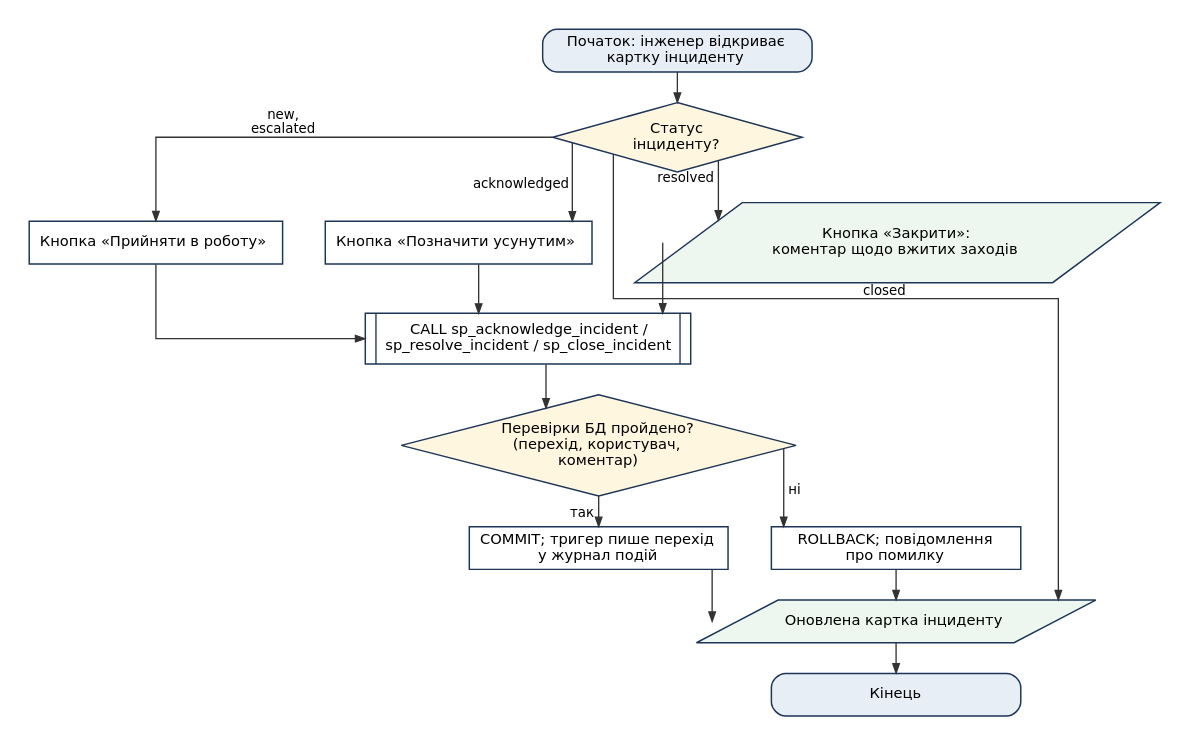
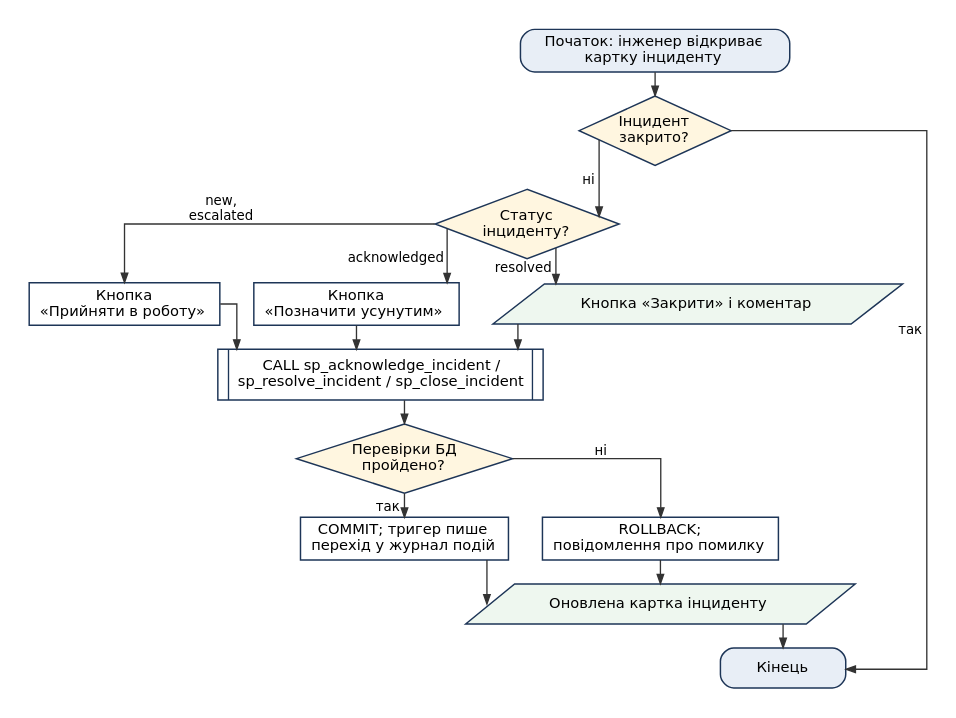
The diagram in docs/diagrams/src/flow_05_incident.dot (KrutoiPatsan13/laba1), drawn with Graphviz before and after one commit. The commit also changed 65 other files, not shown here.

```diff
--- a/docs/diagrams/src/flow_05_incident.dot
+++ b/docs/diagrams/src/flow_05_incident.dot
@@ -1,32 +1,35 @@
 digraph flow_05_incident {
-  graph [rankdir=TB, splines=ortho, nodesep=0.45, ranksep=0.32, fontname="DejaVu Sans", pad=0.2, forcelabels=true];
-  node [fontname="DejaVu Sans", fontsize=11, width=2.6, height=0.45, color="#1d3557", penwidth=1.1];
+  graph [rankdir=TB, splines=ortho, nodesep=0.35, ranksep=0.25, fontname="DejaVu Sans", pad=0.2, forcelabels=true];
+  node [fontname="DejaVu Sans", fontsize=11, width=1.3, height=0.42, color="#1d3557", penwidth=1.1];
   edge [fontname="DejaVu Sans", fontsize=10, color="#333333", arrowsize=0.7];
   n1 [shape=box, style="rounded,filled", fillcolor="#e8eef6", label=<Початок: інженер відкриває<BR/>картку інциденту>, margin="0.25,0.06"];
-  n2 [shape=diamond, style=filled, fillcolor="#fff6e0", label=<Статус<BR/>інциденту?>, margin="0.02,0.02"];
-  n3 [shape=box, label=<Кнопка «Прийняти в роботу»>];
-  n4 [shape=box, label=<Кнопка «Позначити усунутим»>];
-  n5 [shape=parallelogram, style=filled, fillcolor="#eef7ef", label=<Кнопка «Закрити»:<BR/>коментар щодо вжитих заходів>, margin="0.02,0.04"];
-  n6 [shape=box, margin=0, label=<<TABLE BORDER="0" CELLBORDER="0" CELLSPACING="0" CELLPADDING="0"><TR><TD WIDTH="8" BORDER="1" SIDES="R"></TD><TD CELLPADDING="7">CALL sp_acknowledge_incident /<BR/>sp_resolve_incident / sp_close_incident</TD><TD WIDTH="8" BORDER="1" SIDES="L"></TD></TR></TABLE>>];
-  n7 [shape=diamond, style=filled, fillcolor="#fff6e0", label=<Перевірки БД пройдено?<BR/>(перехід, користувач,<BR/>коментар)>, margin="0.02,0.02"];
-  n8 [shape=box, label=<COMMIT; тригер пише перехід<BR/>у журнал подій>];
-  n9 [shape=box, label=<ROLLBACK; повідомлення<BR/>про помилку>];
-  n10 [shape=parallelogram, style=filled, fillcolor="#eef7ef", label=<Оновлена картка інциденту>, margin="0.02,0.04"];
-  n11 [shape=box, style="rounded,filled", fillcolor="#e8eef6", label=<Кінець>, margin="0.25,0.06"];
+  n2 [shape=diamond, style=filled, fillcolor="#fff6e0", label=<Інцидент<BR/>закрито?>, margin="0.02,0.02"];
+  n3 [shape=diamond, style=filled, fillcolor="#fff6e0", label=<Статус<BR/>інциденту?>, margin="0.02,0.02"];
+  n4 [shape=box, label=<Кнопка<BR/>«Прийняти в роботу»>];
+  n5 [shape=box, label=<Кнопка<BR/>«Позначити усунутим»>];
+  n6 [shape=polygon, sides=4, skew=0.3, style=filled, fillcolor="#eef7ef", label=<Кнопка «Закрити» і коментар>, margin="0.06,0.03"];
+  n7 [shape=box, margin=0, label=<<TABLE BORDER="0" CELLBORDER="0" CELLSPACING="0" CELLPADDING="0"><TR><TD WIDTH="8" BORDER="1" SIDES="R"></TD><TD CELLPADDING="7">CALL sp_acknowledge_incident /<BR/>sp_resolve_incident / sp_close_incident</TD><TD WIDTH="8" BORDER="1" SIDES="L"></TD></TR></TABLE>>];
+  n8 [shape=diamond, style=filled, fillcolor="#fff6e0", label=<Перевірки БД<BR/>пройдено?>, margin="0.02,0.02"];
+  n9 [shape=box, label=<COMMIT; тригер пише<BR/>перехід у журнал подій>];
+  n10 [shape=box, label=<ROLLBACK;<BR/>повідомлення про помилку>];
+  n11 [shape=polygon, sides=4, skew=0.3, style=filled, fillcolor="#eef7ef", label=<Оновлена картка інциденту>, margin="0.06,0.03"];
+  n12 [shape=box, style="rounded,filled", fillcolor="#e8eef6", label=<Кінець>, margin="0.25,0.06"];
   n1 -> n2;
-  n2 -> n3 [xlabel=" new,
+  n2 -> n3 [xlabel=" ні "];
+  n3 -> n4 [xlabel=" new,
 escalated "];
-  n2 -> n4 [xlabel=" acknowledged "];
-  n2 -> n5 [xlabel=" resolved "];
-  n2 -> n10 [xlabel=" closed "];
-  n3 -> n6;
-  n4 -> n6;
-  n5 -> n6;
+  n3 -> n5 [xlabel=" acknowledged "];
+  n3 -> n6 [xlabel=" resolved "];
+  n4 -> n7;
+  n5 -> n7;
   n6 -> n7;
-  n7 -> n8 [xlabel=" так "];
-  n7 -> n9 [xlabel=" ні "];
-  n8 -> n10;
-  n9 -> n10;
+  n7 -> n8;
+  n8 -> n9 [xlabel=" так "];
+  n8 -> n10 [xlabel=" ні "];
+  n9 -> n11;
   n10 -> n11;
-  { rank=same; n3; n4; n5; }
+  n11 -> n12;
+  n2 -> n12 [xlabel=" так "];
+  { rank=same; n4; n5; n6; }
+  { rank=same; n9; n10; }
 }
```
